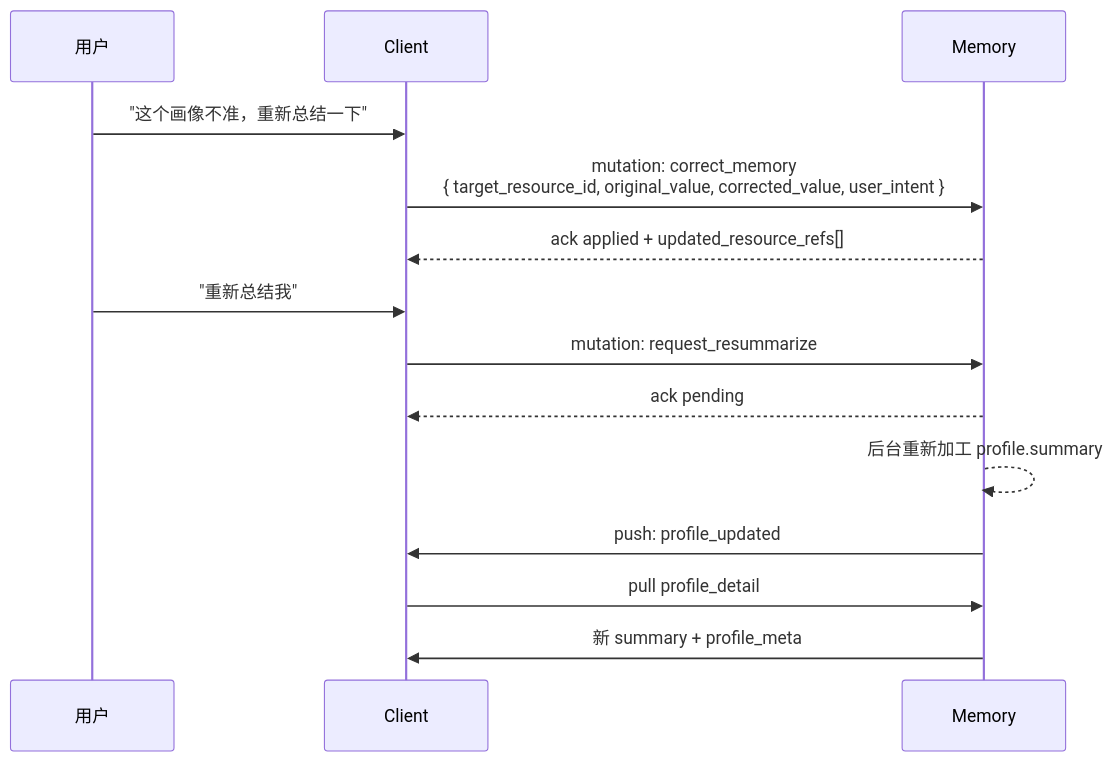
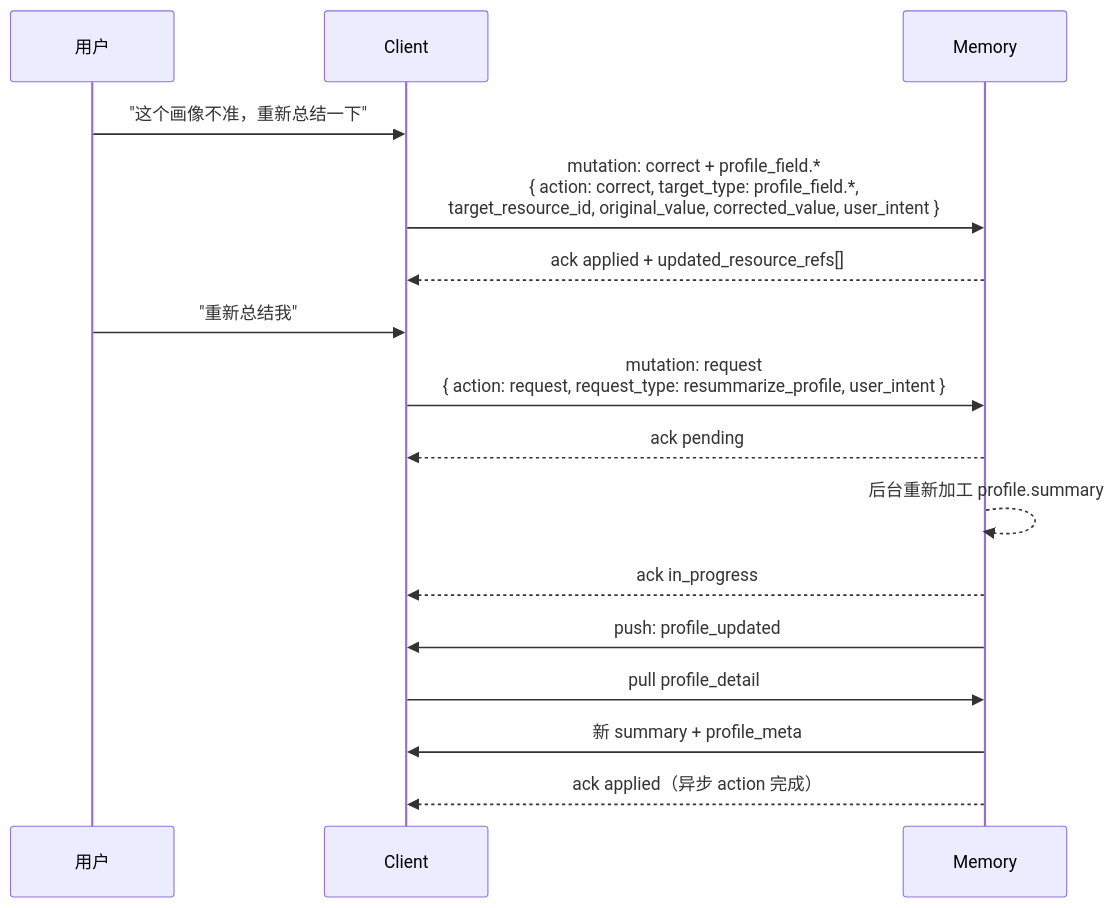
One commit to uu-yaya/ai-product-builder changed diagram 14 of 17 in projects/desktop-pet/01-pm/branches/memory-dataset/DATA_FLOW_REQUIREMENT_SPECIFICATION.md. Above: the diagram before and after it, drawn with Mermaid. The commit also changed other lines of this file and 1 other file, not shown here.

Commit message:
edit projects/desktop-pet/01-pm/branches/memory-dataset/DATA_FLOW_REQUIREMENT_SPECIFICATION.md via md-canvas

````diff
--- a/projects/desktop-pet/01-pm/branches/memory-dataset/DATA_FLOW_REQUIREMENT_SPECIFICATION.md
+++ b/projects/desktop-pet/01-pm/branches/memory-dataset/DATA_FLOW_REQUIREMENT_SPECIFICATION.md
@@ -964,16 +1483,18 @@
 ```mermaid
 sequenceDiagram
     participant U as 用户
     participant C as Client
     participant M as Memory
     U->>C: "这个画像不准，重新总结一下"
-    C->>M: mutation: correct_memory<br/>{ target_resource_id, original_value, corrected_value, user_intent }
+    C->>M: mutation: correct + profile_field.*<br/>{ action: correct, target_type: profile_field.*,<br/>  target_resource_id, original_value, corrected_value, user_intent }
     M-->>C: ack applied + updated_resource_refs[]
     U->>C: "重新总结我"
-    C->>M: mutation: request_resummarize
+    C->>M: mutation: request<br/>{ action: request, request_type: resummarize_profile, user_intent }
     M-->>C: ack pending
     M-->>M: 后台重新加工 profile.summary
+    M-->>C: ack in_progress
     M->>C: push: profile_updated
     C->>M: pull profile_detail
     M->>C: 新 summary + profile_meta
+    M-->>C: ack applied（异步 action 完成）
 ```
````
